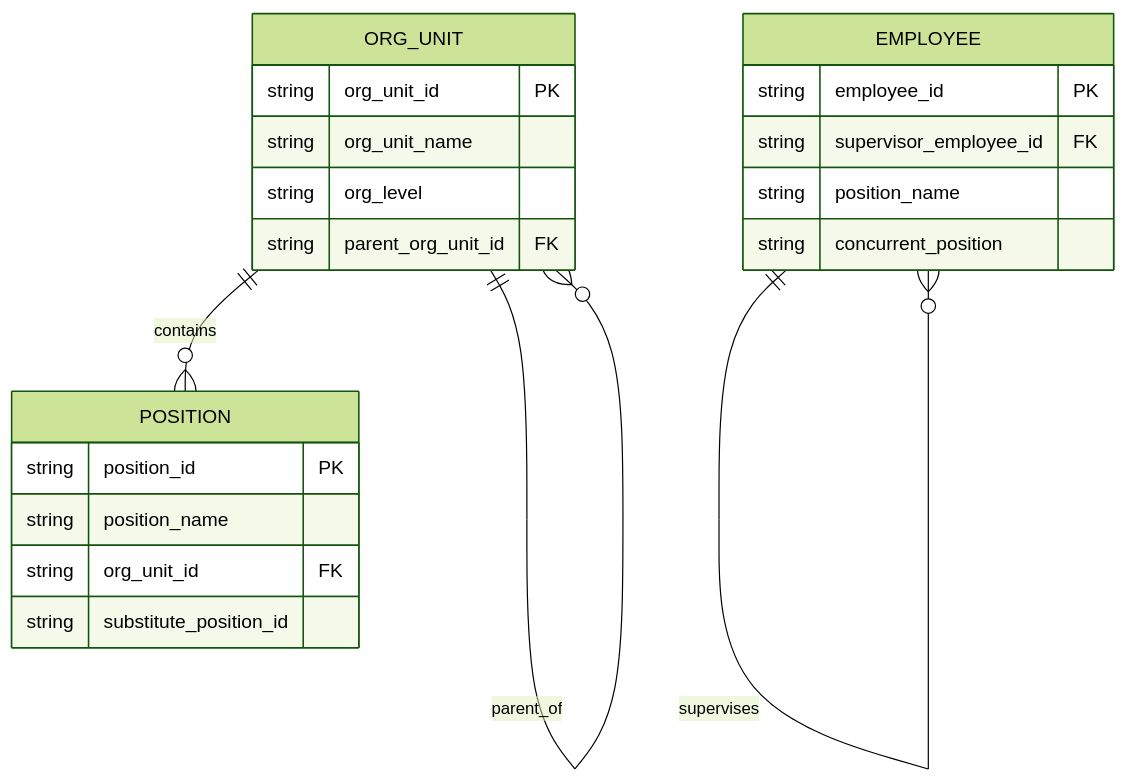
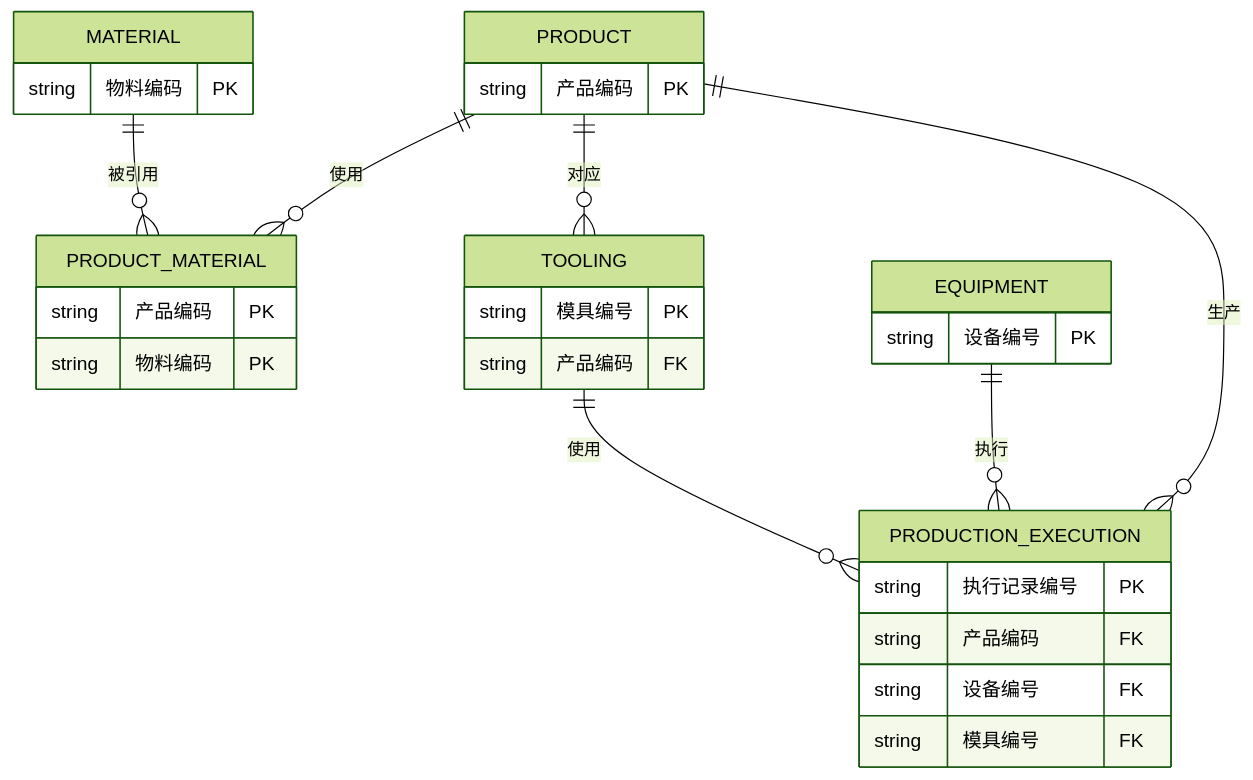
One commit to wang-minghan/notbook changed the diagram in 02_Areas/工作经历/鑫犇电子有限公司/00_公司治理/鑫犇电子_数据模型与ERD总入口.md. Above: the diagram before and after it, drawn with Mermaid (forest theme). The commit also changed other lines of this file and 10047 other files, not shown here.

````diff
--- a/02_Areas/工作经历/鑫犇电子有限公司/00_公司治理/鑫犇电子_数据模型与ERD总入口.md
+++ b/02_Areas/工作经历/鑫犇电子有限公司/00_公司治理/鑫犇电子_数据模型与ERD总入口.md
@@ -42,24 +12,33 @@
 ```mermaid
 erDiagram
-    ORG_UNIT {
-        string org_unit_id PK
-        string org_unit_name
-        string org_level
-        string parent_org_unit_id FK
+    PRODUCT ||--o{ PRODUCT_MATERIAL : 使用
+    MATERIAL ||--o{ PRODUCT_MATERIAL : 被引用
+    PRODUCT ||--o{ TOOLING : 对应
+    PRODUCT ||--o{ PRODUCTION_EXECUTION : 生产
+    EQUIPMENT ||--o{ PRODUCTION_EXECUTION : 执行
+    TOOLING ||--o{ PRODUCTION_EXECUTION : 使用
+
+    PRODUCT {
+        string 产品编码 PK
     }
-    POSITION {
-        string position_id PK
-        string position_name
-        string org_unit_id FK
-        string substitute_position_id
+    MATERIAL {
+        string 物料编码 PK
     }
-    EMPLOYEE {
-        string employee_id PK
-        string supervisor_employee_id FK
-        string position_name
-        string concurrent_position
+    PRODUCT_MATERIAL {
+        string 产品编码 PK
+        string 物料编码 PK
     }
-    ORG_UNIT ||--o{ ORG_UNIT : parent_of
-    ORG_UNIT ||--o{ POSITION : contains
-    EMPLOYEE ||--o{ EMPLOYEE : supervises
+    TOOLING {
+        string 模具编号 PK
+        string 产品编码 FK
+    }
+    EQUIPMENT {
+        string 设备编号 PK
+    }
+    PRODUCTION_EXECUTION {
+        string 执行记录编号 PK
+        string 产品编码 FK
+        string 设备编号 FK
+        string 模具编号 FK
+    }
 ```
````
